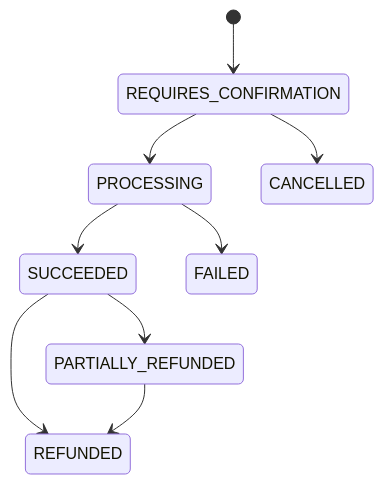
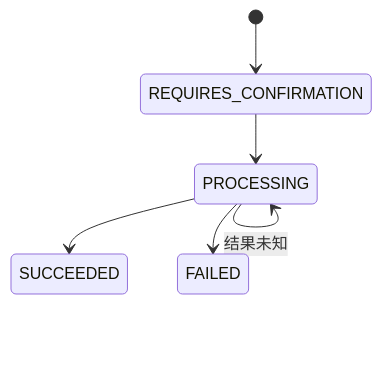
Before and after one commit to Xin898/WechatPayment: the second of 2 diagrams in README.md, drawn with Mermaid. The commit also changed other lines of this file and 24 other files, not shown here.

````diff
--- a/README.md
+++ b/README.md
@@ -55,11 +64,8 @@
-```mermaid
+~~~mermaid
 stateDiagram-v2
     [*] --> REQUIRES_CONFIRMATION
     REQUIRES_CONFIRMATION --> PROCESSING
     PROCESSING --> SUCCEEDED
     PROCESSING --> FAILED
-    REQUIRES_CONFIRMATION --> CANCELLED
-    SUCCEEDED --> PARTIALLY_REFUNDED
-    SUCCEEDED --> REFUNDED
-    PARTIALLY_REFUNDED --> REFUNDED
-```
+    PROCESSING --> PROCESSING: 结果未知
+~~~
````
